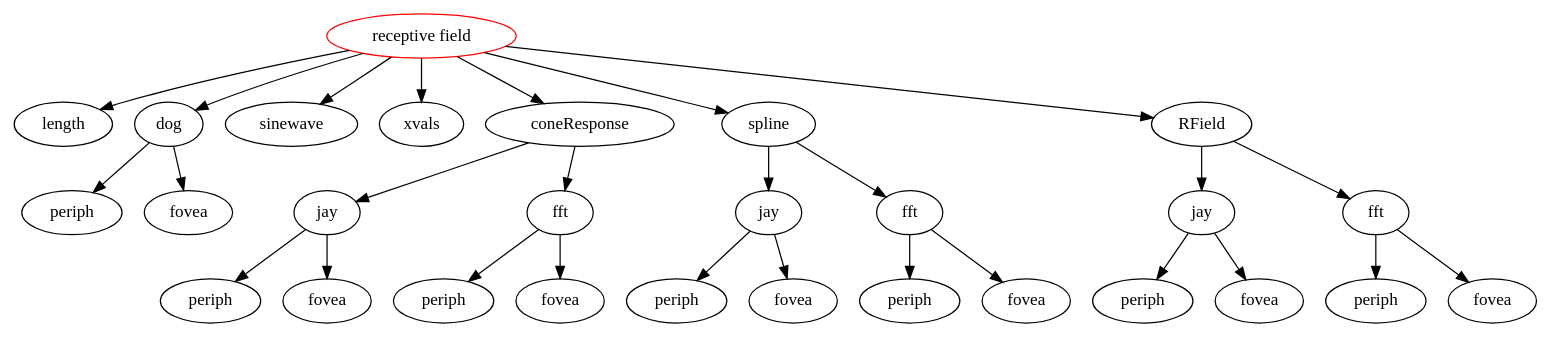
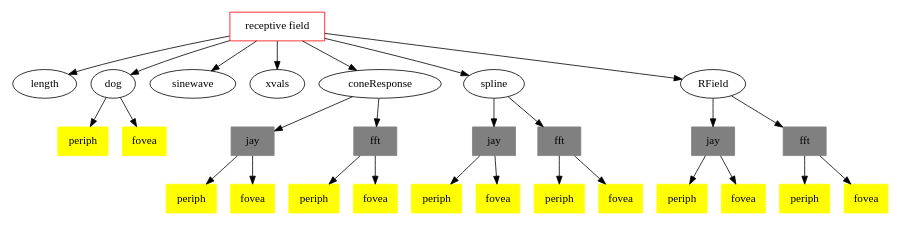
Before and after one commit to bps10/emmetrop: the diagram in doc/source/receptiveField.dot, drawn with Graphviz. The commit also changed 19 other files, not shown here.

Commit message:
added graphviz, update DoG, doc

```diff
--- a/doc/source/receptiveField.dot
+++ b/doc/source/receptiveField.dot
@@ -1,63 +1,65 @@
 digraph RF {
-
+	size="10,10";
 	subgraph Jay1{
 	j1 -> p1;
 	j1 -> fo1;
 	}
 	subgraph FFT1{
 	f1 -> p2;
 	f1 -> fo2;
 	}
 	subgraph Jay2{
 	j2 -> p3;
 	j2 -> fo3;
 	}
 	subgraph FFT2{
 	f2 -> p4;
 	f2 -> fo4;
 	}
 	subgraph Jay3{
 	j3 -> p5;
 	j3 -> fo5;
 	}
 	subgraph FFT3{
 	f3 -> p6 ;
 	f3 -> fo6;
 	}
 	
-	RF [label="receptive field", color="red"];
+	RF [label="receptive field", shape=box, color=red];
 	RF -> length;
 	RF -> dog;
 	RF -> sinewave;
 	RF -> xvals;
 	RF -> coneResponse;
 	RF -> spline;
 	RF -> RField;
 	dog -> periph;
 	dog -> fovea;
 	coneResponse -> j1;
 	coneResponse -> f1;
 	spline -> j2;
 	spline -> f2;
 	RField -> j3;
 	RField -> f3;
 
-	j1 [label="jay"];
-	j2 [label="jay"];
-	j3 [label="jay"];
-	f1 [label="fft"];
-	f2 [label="fft"];
-	f3 [label="fft"];
-	p1 [label="periph"];
-	p2 [label="periph"];
-	p3 [label="periph"];
-	p4 [label="periph"];
-	p5 [label="periph"];
-	p6 [label="periph"];
-	fo1 [label="fovea"];
-	fo2 [label="fovea"];
-	fo3 [label="fovea"];
-	fo4 [label="fovea"];
-	fo5 [label="fovea"];
-	fo6 [label="fovea"];
+	periph [shape=box, style=filled, color=yellow];
+	fovea [shape=box, style=filled, color=yellow];
+	j1 [label="jay", shape=box, style=filled, color=grey];
+	j2 [label="jay", shape=box, style=filled, color=grey];
+	j3 [label="jay", shape=box, style=filled, color=grey];
+	f1 [label="fft", shape=box, style=filled, color=grey];
+	f2 [label="fft", shape=box, style=filled, color=grey];
+	f3 [label="fft", shape=box, style=filled, color=grey];
+	p1 [label="periph", shape=box, style=filled, color=yellow];
+	p2 [label="periph", shape=box, style=filled, color=yellow];
+	p3 [label="periph", shape=box, style=filled, color=yellow];
+	p4 [label="periph", shape=box, style=filled, color=yellow];
+	p5 [label="periph", shape=box, style=filled, color=yellow];
+	p6 [label="periph", shape=box, style=filled, color=yellow];
+	fo1 [label="fovea", shape=box, style=filled, color=yellow];
+	fo2 [label="fovea", shape=box, style=filled, color=yellow];
+	fo3 [label="fovea", shape=box, style=filled, color=yellow];
+	fo4 [label="fovea", shape=box, style=filled, color=yellow];
+	fo5 [label="fovea", shape=box, style=filled, color=yellow];
+	fo6 [label="fovea", shape=box, style=filled, color=yellow];
 }
```
